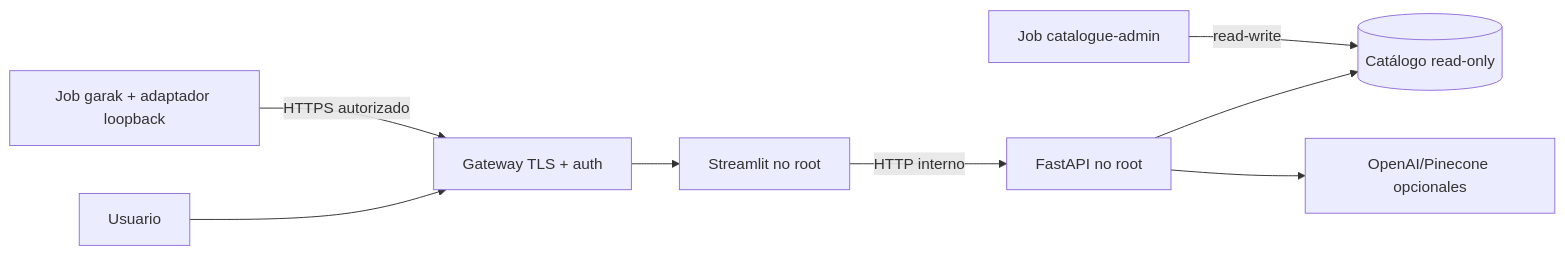
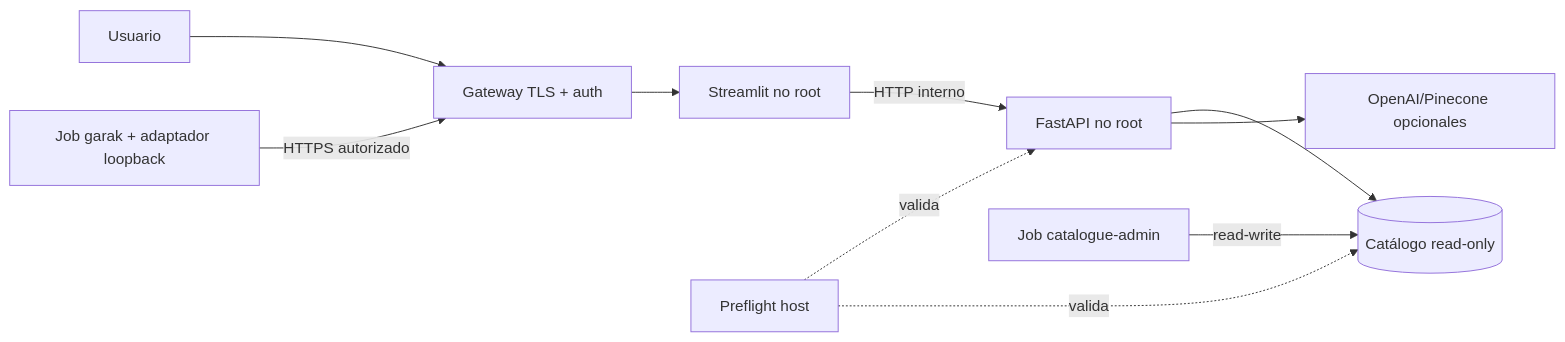
One commit to gusjrivas/PLN3_AgroRAG_GJR changed the second of 2 diagrams in docs/architecture.md. Above: the diagram before and after it, drawn with Mermaid. The commit also changed other lines of this file and 10 other files, not shown here.

Commit message:
feat: add fail-closed production host preflight

````diff
--- a/docs/architecture.md
+++ b/docs/architecture.md
@@ -54,10 +57,12 @@
 ```mermaid
 flowchart LR
   USER[Usuario] --> GW[Gateway TLS + auth]
   GW --> UI2[Streamlit no root]
   UI2 -->|HTTP interno| API2[FastAPI no root]
   API2 --> CAT[(Catálogo read-only)]
+  PREFLIGHT[Preflight host] -. valida .-> API2
+  PREFLIGHT -. valida .-> CAT
   ADMIN[Job catalogue-admin] -->|read-write| CAT
   API2 --> EXT[OpenAI/Pinecone opcionales]
   GARAK[Job garak + adaptador loopback] -->|HTTPS autorizado| GW
 ```
````
